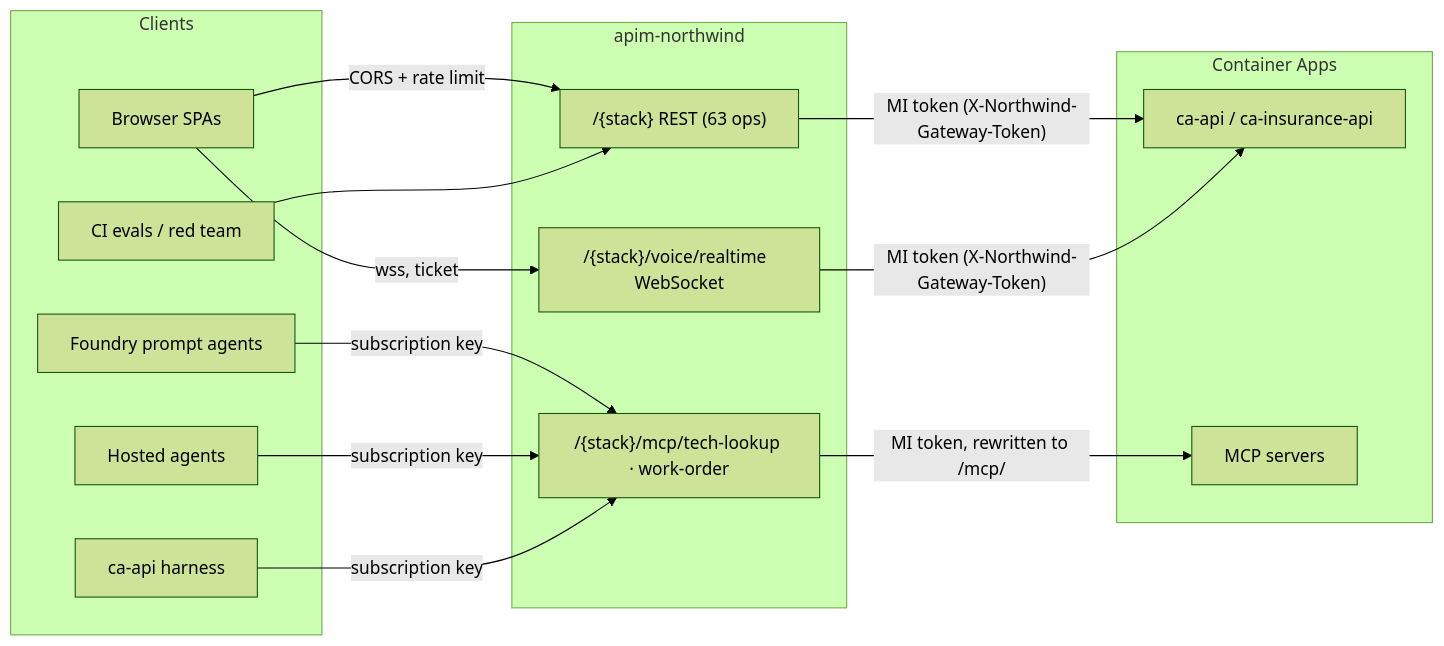
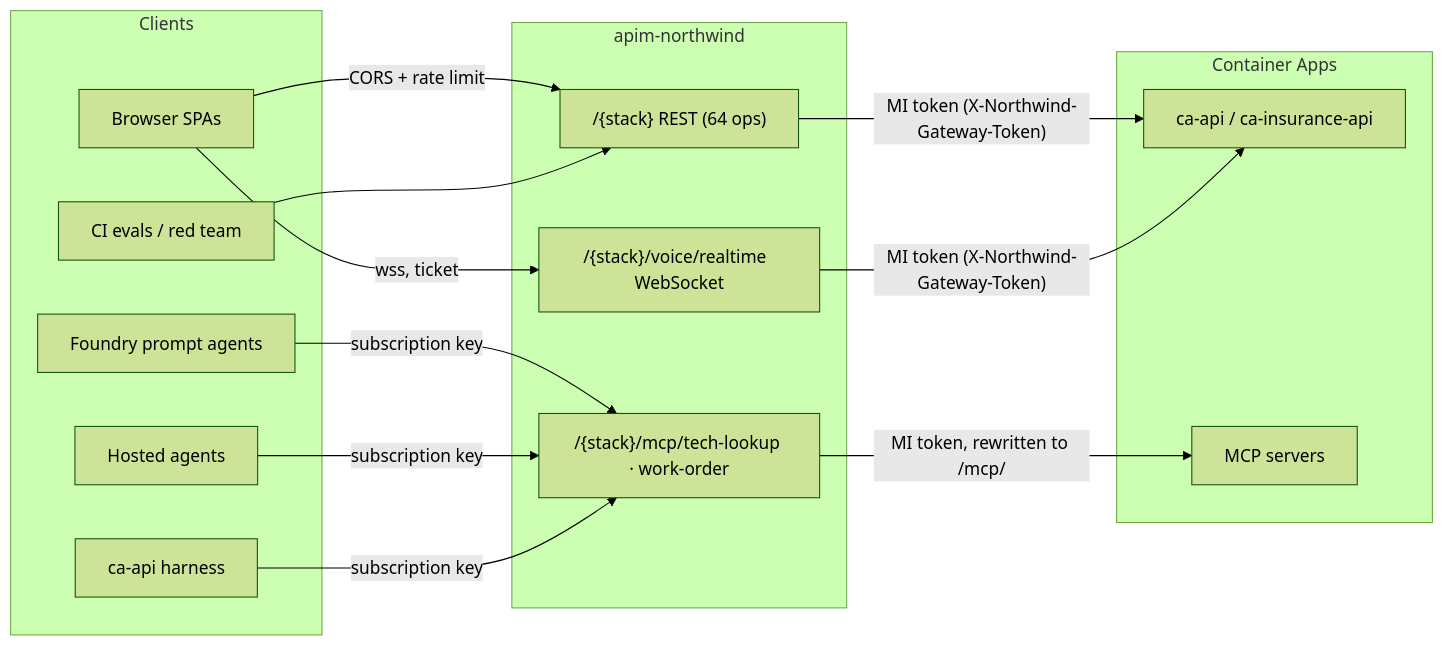
One commit to ZacharyZurloMSFT/foundry-frontier changed the diagram in docs/api-management.md. Above: the diagram before and after it, drawn with Mermaid (forest theme). The commit also changed other lines of this file and 63 other files, not shown here.

````diff
--- a/docs/api-management.md
+++ b/docs/api-management.md
@@ -75,25 +75,25 @@
 ```mermaid
 flowchart LR
   subgraph Clients
     SPA[Browser SPAs]
     PA[Foundry prompt agents]
     HA[Hosted agents]
     H[ca-api harness]
     CI[CI evals / red team]
   end
   subgraph APIM[apim-northwind]
-    R["/{stack}  REST (63 ops)"]
+    R["/{stack}  REST (64 ops)"]
     V["/{stack}/voice/realtime  WebSocket"]
     M["/{stack}/mcp/tech-lookup · work-order"]
   end
   subgraph ACA[Container Apps]
     API[ca-api / ca-insurance-api]
     MCP[MCP servers]
   end
   SPA -->|CORS + rate limit| R
   SPA -->|wss, ticket| V
   CI --> R
   PA & HA & H -->|subscription key| M
   R & V -->|"MI token (X-Northwind-Gateway-Token)"| API
   M -->|"MI token, rewritten to /mcp/"| MCP
 ```
````
